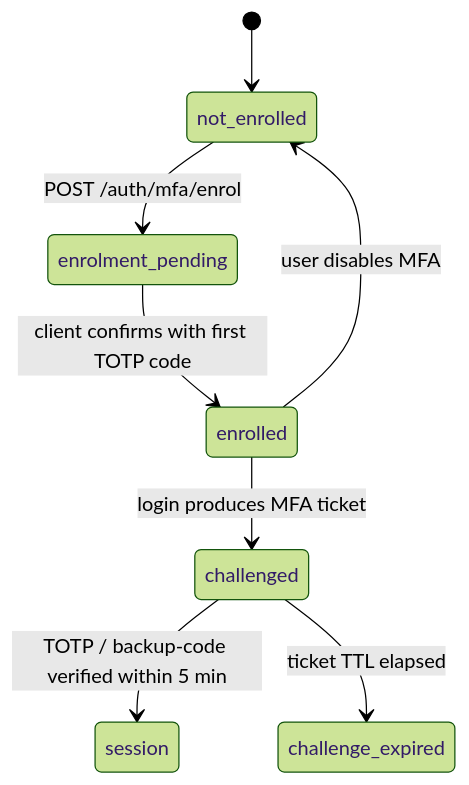
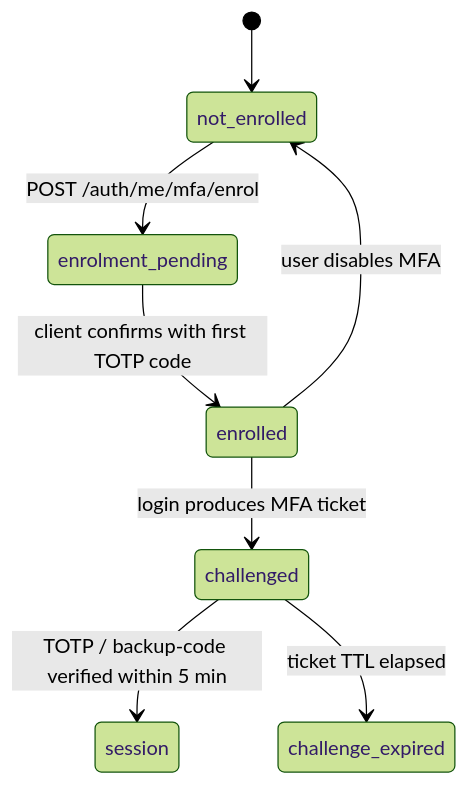
The diagram in src/domains/auth/sub-domains/auth-mfa/OVERVIEW.md (nikunjmavani/core-be), drawn with Mermaid (forest theme) before and after one commit. The commit also changed 79 other files, not shown here.

````diff
--- a/src/domains/auth/sub-domains/auth-mfa/OVERVIEW.md
+++ b/src/domains/auth/sub-domains/auth-mfa/OVERVIEW.md
@@ -20,10 +20,10 @@
 ```mermaid
 stateDiagram-v2
   [*] --> not_enrolled
-  not_enrolled --> enrolment_pending: POST /auth/mfa/enrol
+  not_enrolled --> enrolment_pending: POST /auth/me/mfa/enrol
   enrolment_pending --> enrolled: client confirms with first TOTP code
   enrolled --> challenged: login produces MFA ticket
   challenged --> session: TOTP / backup-code verified within 5 min
   challenged --> challenge_expired: ticket TTL elapsed
   enrolled --> not_enrolled: user disables MFA
 ```
````
